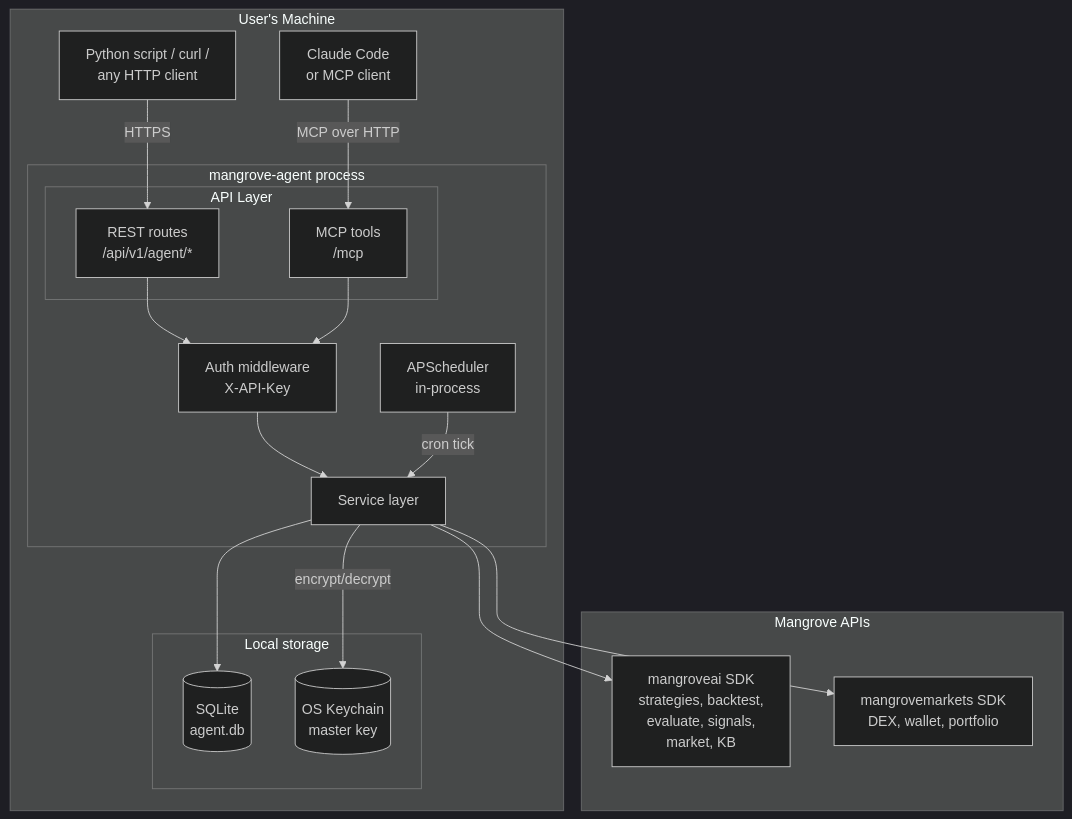
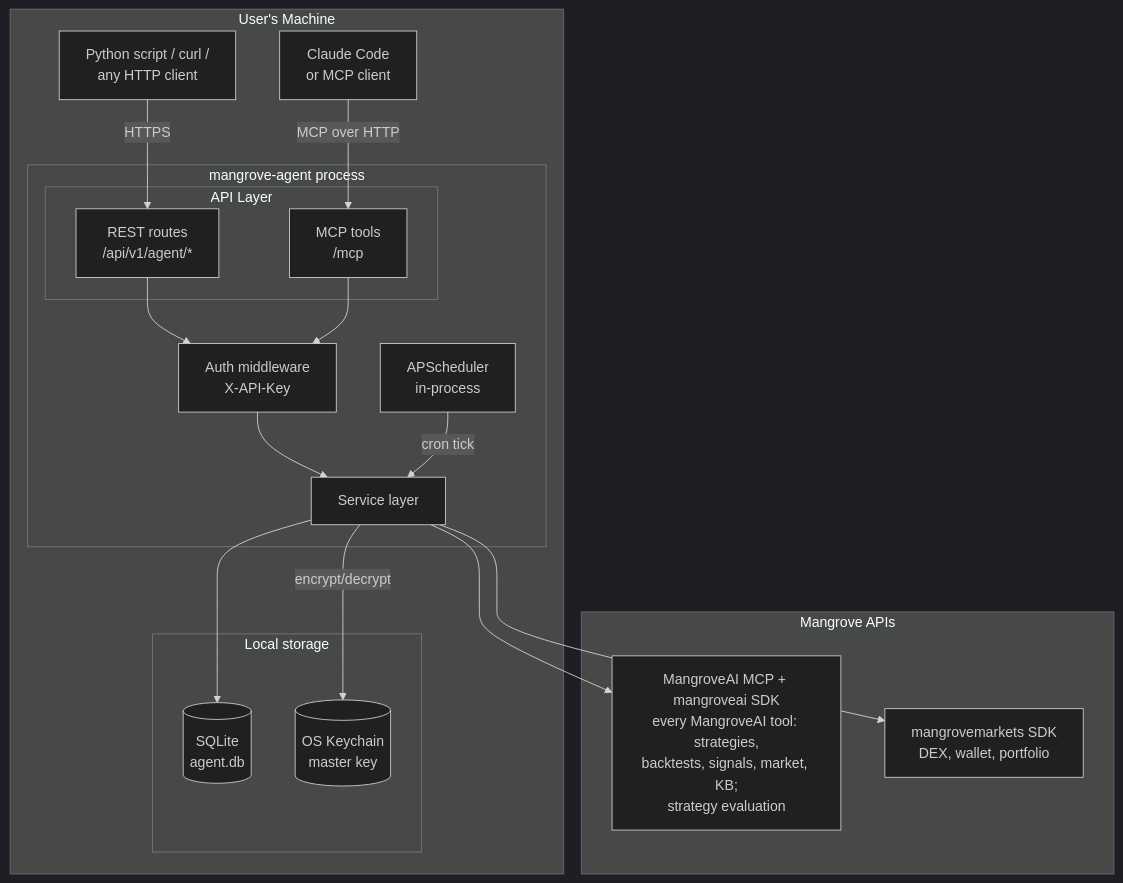
One commit to MangroveTechnologies/mangrove-agent changed the first of 8 diagrams in docs/architecture.md. Above: the diagram before and after it, drawn with Mermaid (dark theme). The commit also changed other lines of this file and 74 other files, not shown here.

Commit message:
feat(agent): MangroveAI-only strategy flow, SIWX and shared MCP session

````diff
--- a/docs/architecture.md
+++ b/docs/architecture.md
@@ -24,38 +24,38 @@
 ```mermaid
 graph TB
     subgraph "User's Machine"
         ClaudeCode[Claude Code<br/>or MCP client]
         HTTPClient[Python script / curl /<br/>any HTTP client]
 
         subgraph "mangrove-agent process"
             subgraph "API Layer"
                 REST[REST routes<br/>/api/v1/agent/*]
                 MCP[MCP tools<br/>/mcp]
             end
             AuthMW[Auth middleware<br/>X-API-Key]
             Services[Service layer]
             Scheduler[APScheduler<br/>in-process]
         end
 
         subgraph "Local storage"
             SQLite[(SQLite<br/>agent.db)]
             Keychain[(OS Keychain<br/>master key)]
         end
     end
 
     subgraph "Mangrove APIs"
-        MangroveAI[mangroveai SDK<br/>strategies, backtest,<br/>evaluate, signals,<br/>market, KB]
+        MangroveAI[MangroveAI MCP + mangroveai SDK<br/>every MangroveAI tool: strategies,<br/>backtests, signals, market, KB;<br/>strategy evaluation]
         MangroveMkts[mangrovemarkets SDK<br/>DEX, wallet, portfolio]
     end
 
     ClaudeCode -->|MCP over HTTP| MCP
     HTTPClient -->|HTTPS| REST
     REST --> AuthMW
     MCP --> AuthMW
     AuthMW --> Services
     Scheduler -->|cron tick| Services
     Services --> SQLite
     Services -->|encrypt/decrypt| Keychain
     Services --> MangroveAI
     Services --> MangroveMkts
 ```
````
